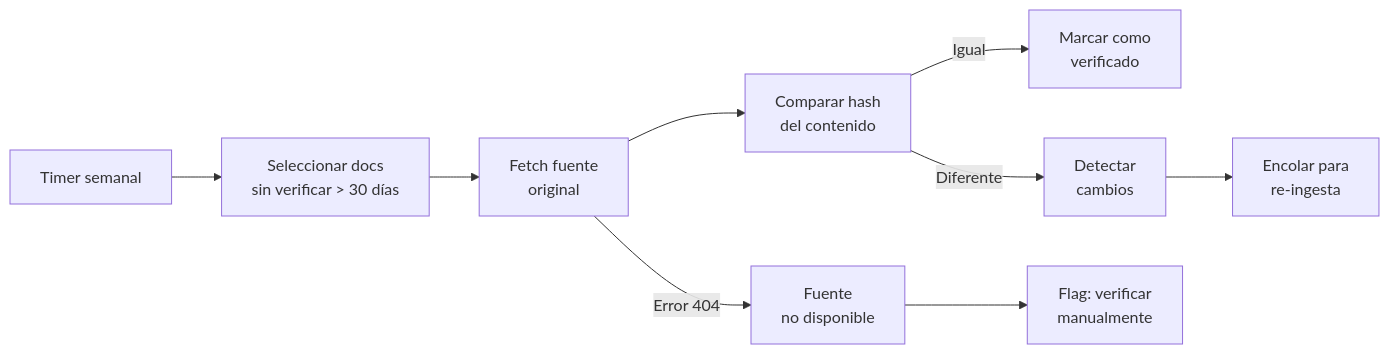
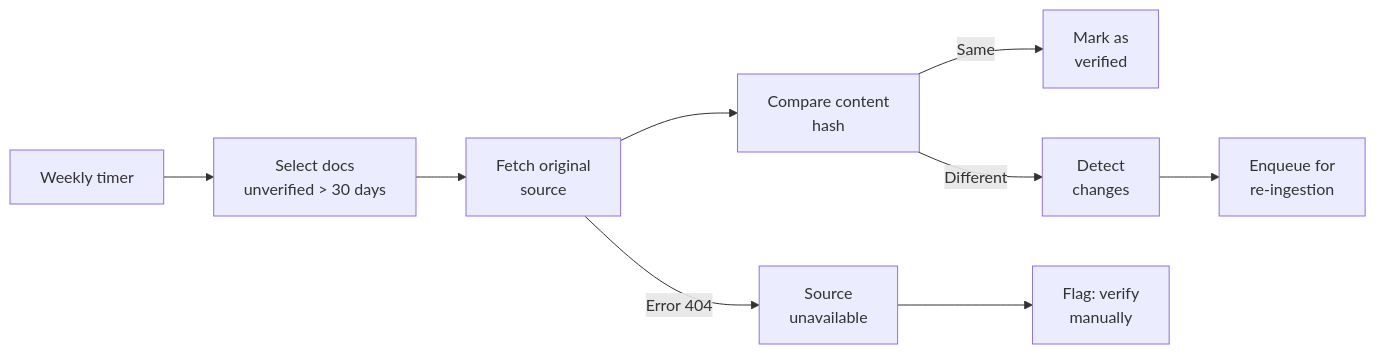
Before and after one commit to pablonux/legal-ai-ar: the fourth of 5 diagrams in docs/technical/09-data-knowledge-management.md, drawn with Mermaid. The commit also changed other lines of this file and 2 other files, not shown here.

````diff
--- a/docs/technical/09-data-knowledge-management.md
+++ b/docs/technical/09-data-knowledge-management.md
@@ -278,11 +278,11 @@
 ```mermaid
 flowchart LR
-    TIMER[Timer semanal] --> SELECT[Seleccionar docs<br/>sin verificar > 30 días]
-    SELECT --> FETCH[Fetch fuente<br/>original]
-    FETCH --> HASH[Comparar hash<br/>del contenido]
-    HASH -->|Igual| OK[Marcar como<br/>verificado]
-    HASH -->|Diferente| CHANGE[Detectar<br/>cambios]
-    CHANGE --> QUEUE[Encolar para<br/>re-ingesta]
-    FETCH -->|Error 404| GONE[Fuente<br/>no disponible]
-    GONE --> FLAG[Flag: verificar<br/>manualmente]
+    TIMER[Weekly timer] --> SELECT[Select docs<br/>unverified > 30 days]
+    SELECT --> FETCH[Fetch original<br/>source]
+    FETCH --> HASH[Compare content<br/>hash]
+    HASH -->|Same| OK[Mark as<br/>verified]
+    HASH -->|Different| CHANGE[Detect<br/>changes]
+    CHANGE --> QUEUE[Enqueue for<br/>re-ingestion]
+    FETCH -->|Error 404| GONE[Source<br/>unavailable]
+    GONE --> FLAG[Flag: verify<br/>manually]
 ```
````
